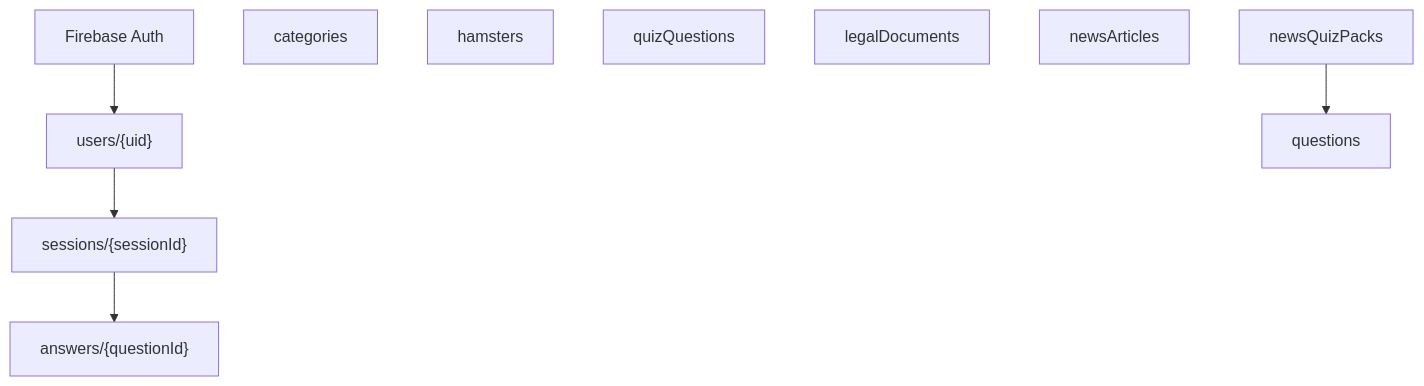
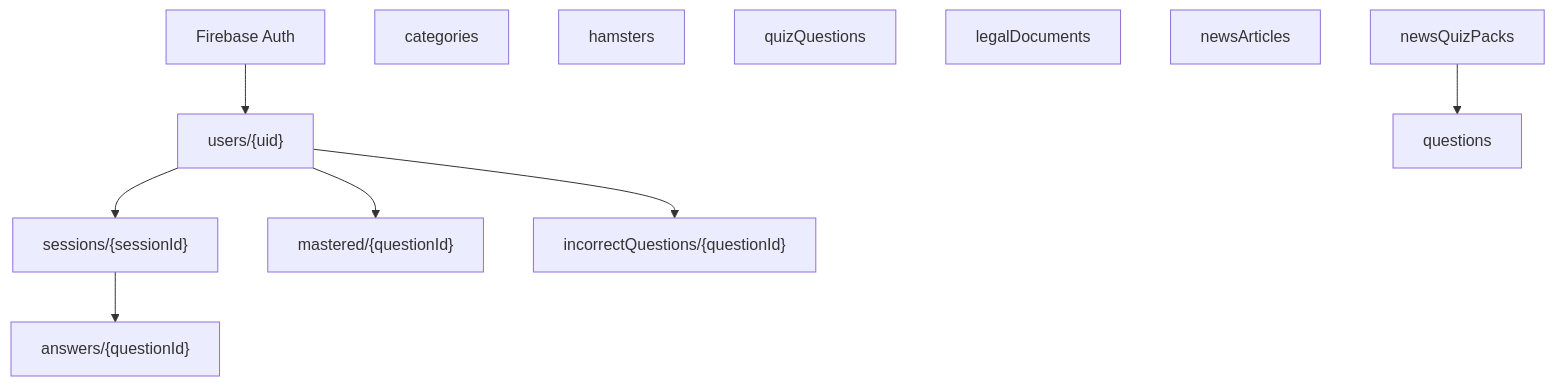
Before and after one commit to gayun829/hamfinz: the diagram in docs/database/backend-schema.md, drawn with Mermaid. The commit also changed other lines of this file and 30 other files, not shown here.

First line of the commit message:
Add review homes and persist unique incorrect quiz questions.

````diff
--- a/docs/database/backend-schema.md
+++ b/docs/database/backend-schema.md
@@ -77,16 +79,18 @@
 ```mermaid
 flowchart TB
   auth[Firebase Auth]
   auth --> users["users/{uid}"]
   users --> sessions["sessions/{sessionId}"]
   sessions --> answers["answers/{questionId}"]
+  users --> mastered["mastered/{questionId}"]
+  users --> incorrect["incorrectQuestions/{questionId}"]
 
   cats[categories]
   ham[hamsters]
   qs[quizQuestions]
   legal[legalDocuments]
 
   news[newsArticles]
   packs[newsQuizPacks]
   packs --> nq[questions]
 ```
````
